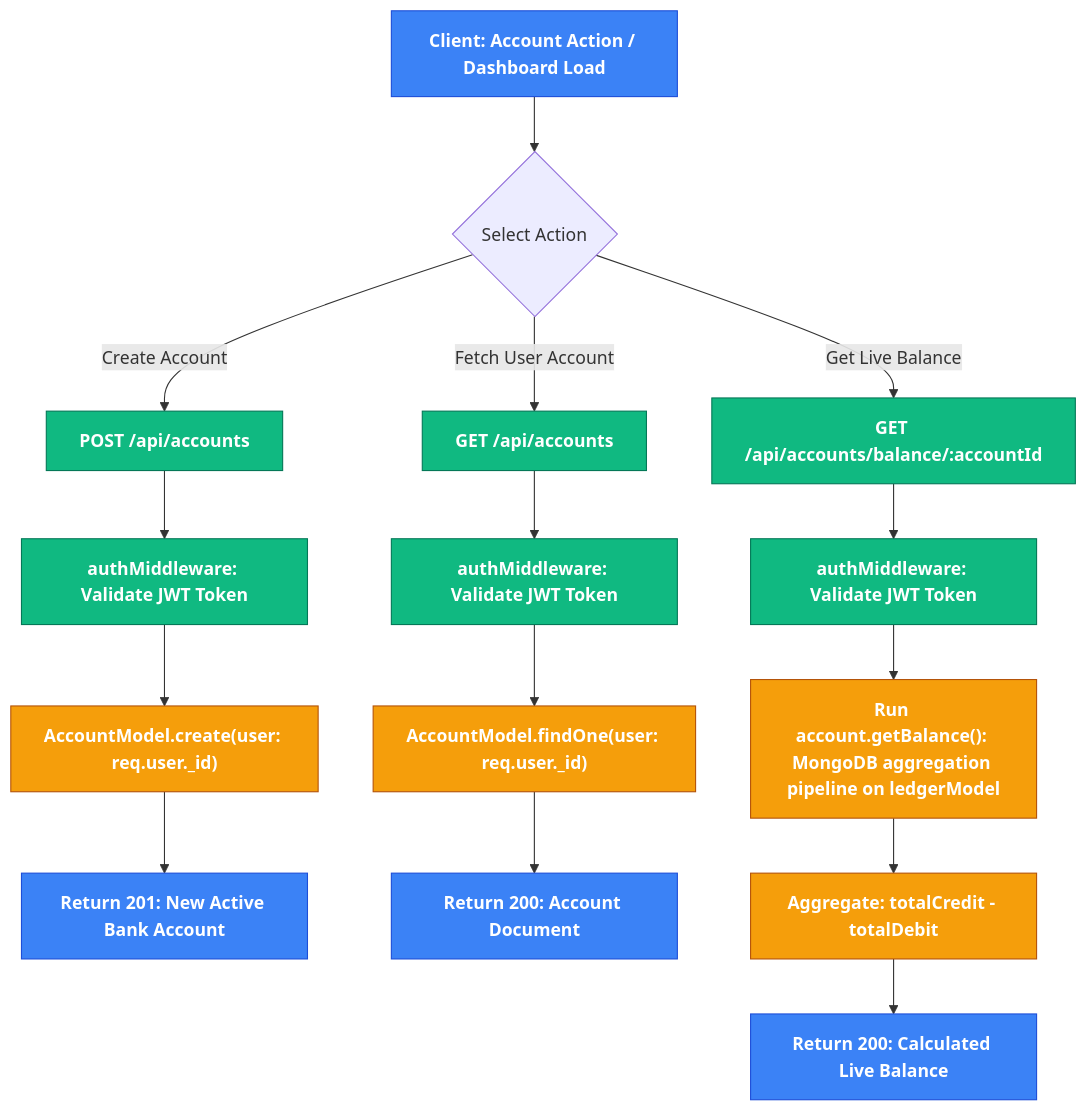
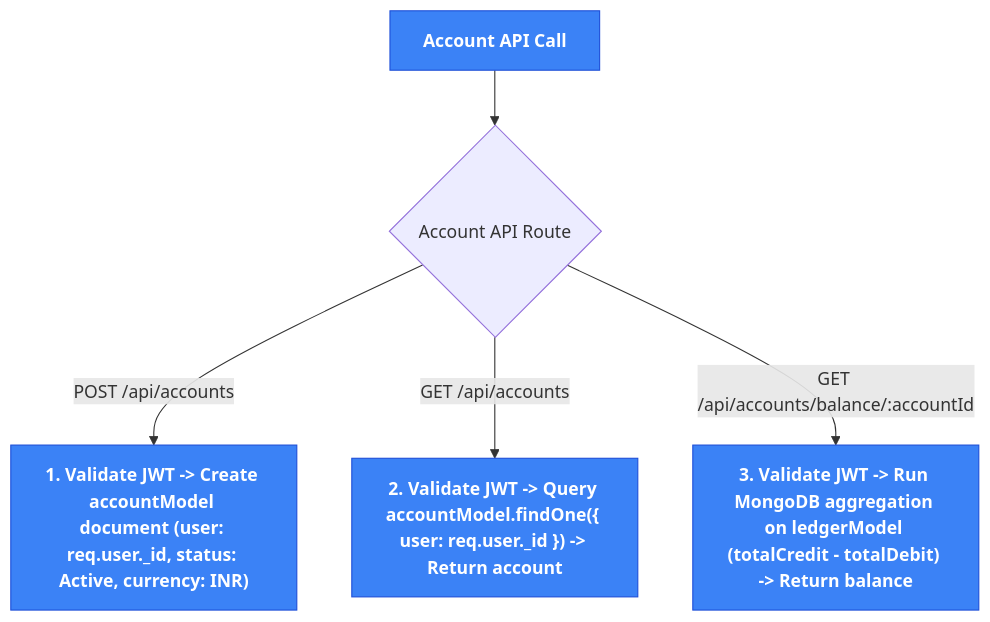
One commit to nihar5776/Banking-System changed the third of 5 diagrams in README.md. Above: the diagram before and after it, drawn with Mermaid. The commit also changed other lines of this file, not shown here.

Commit message:
docs: detail explicit step-by-step execution workflows for all 14 backend API endpoints in README

````diff
--- a/README.md
+++ b/README.md
@@ -307,29 +291,14 @@
 ```mermaid
 graph TD
     classDef client fill:#3b82f6,stroke:#1d4ed8,color:#fff,font-weight:bold;
     classDef server fill:#10b981,stroke:#047857,color:#fff,font-weight:bold;
     classDef db fill:#f59e0b,stroke:#b45309,color:#fff,font-weight:bold;
 
-    Start["Client: Account Action / Dashboard Load"] --> ActionRoute{Select Action}
+    Start["Account API Call"] --> AccRoute{Account API Route}
+    
+    AccRoute -->|POST /api/accounts| CreateAcc["1. Validate JWT -> Create accountModel document (user: req.user._id, status: Active, currency: INR)"]:::server
+    AccRoute -->|GET /api/accounts| GetAcc["2. Validate JWT -> Query accountModel.findOne({ user: req.user._id }) -> Return account"]:::server
+    AccRoute -->|GET /api/accounts/balance/:accountId| CalcBal["3. Validate JWT -> Run MongoDB aggregation on ledgerModel (totalCredit - totalDebit) -> Return balance"]:::server
 
-    %% Create Account
-    ActionRoute -->|Create Account| CreatePost["POST /api/accounts"]:::server
-    CreatePost --> AuthGuard1["authMiddleware: Validate JWT Token"]:::server
-    AuthGuard1 --> InsertAccount["AccountModel.create(user: req.user._id)"]:::db
-    InsertAccount --> CreateSuccess["Return 201: New Active Bank Account"]:::server
-
-    %% Get Account
-    ActionRoute -->|Fetch User Account| GetAcc["GET /api/accounts"]:::server
-    GetAcc --> AuthGuard2["authMiddleware: Validate JWT Token"]:::server
-    AuthGuard2 --> FindAcc["AccountModel.findOne(user: req.user._id)"]:::db
-    FindAcc --> AccSuccess["Return 200: Account Document"]:::server
-
-    %% Calculate Balance
-    ActionRoute -->|Get Live Balance| GetBal["GET /api/accounts/balance/:accountId"]:::server
-    GetBal --> AuthGuard3["authMiddleware: Validate JWT Token"]:::server
-    AuthGuard3 --> ExecAgg["Run account.getBalance(): MongoDB aggregation pipeline on ledgerModel"]:::db
-    ExecAgg --> SumCalc["Aggregate: totalCredit - totalDebit"]:::db
-    SumCalc --> BalSuccess["Return 200: Calculated Live Balance"]:::server
-
-    class Start,CreateSuccess,AccSuccess,BalSuccess client;
+    class Start,CreateAcc,GetAcc,CalcBal client;
 ```
````
